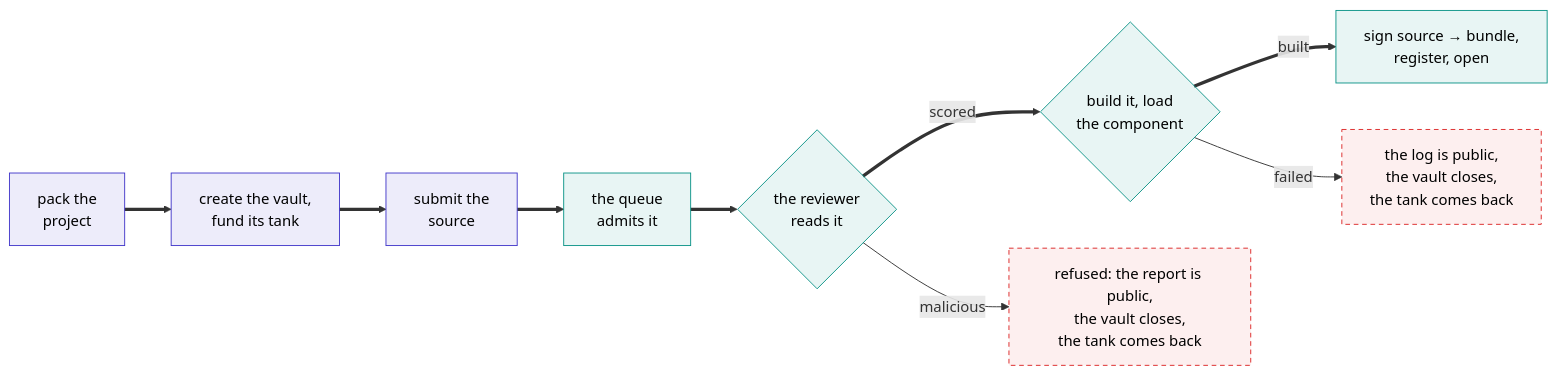
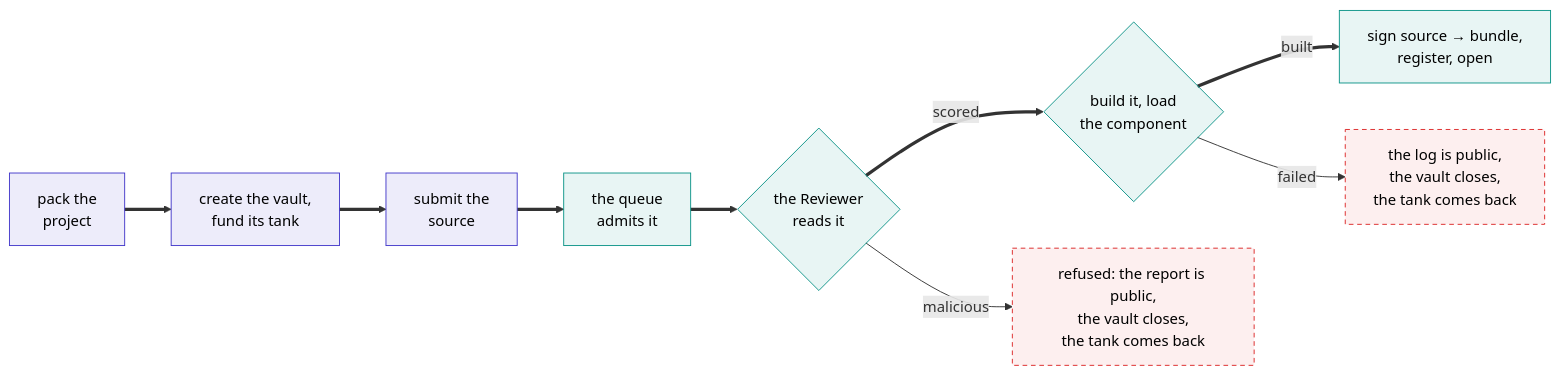
Before and after one commit to ShoninFi/shonin-platform: the diagram in docs/content/how-it-works/publishing.md, drawn with Mermaid. The commit also changed other lines of this file and 21 other files, not shown here.

````diff
--- a/docs/content/how-it-works/publishing.md
+++ b/docs/content/how-it-works/publishing.md
@@ -5,18 +5,18 @@
 ```mermaid
 flowchart LR
     A["pack the<br/>project"] ==> B["create the vault,<br/>fund its tank"]
     B ==> C["submit the<br/>source"]
     C ==> D["the queue<br/>admits it"]
-    D ==> H{"the reviewer<br/>reads it"}
+    D ==> H{"the Reviewer<br/>reads it"}
     H ==>|scored| E{"build it, load<br/>the component"}
     H -->|malicious| R["refused: the report is public,<br/>the vault closes,<br/>the tank comes back"]
     E ==>|built| F["sign source → bundle,<br/>register, open"]
     E -->|failed| G["the log is public,<br/>the vault closes,<br/>the tank comes back"]
 
     classDef you fill:#4338ca18,stroke:#4338ca,color:inherit
     classDef us fill:#0d948818,stroke:#0d9488,color:inherit
     classDef bad fill:#dc262612,stroke:#dc2626,color:inherit,stroke-dasharray:5 4
     class A,B,C you
     class D,E,F,H us
     class G,R bad
 ```
````
